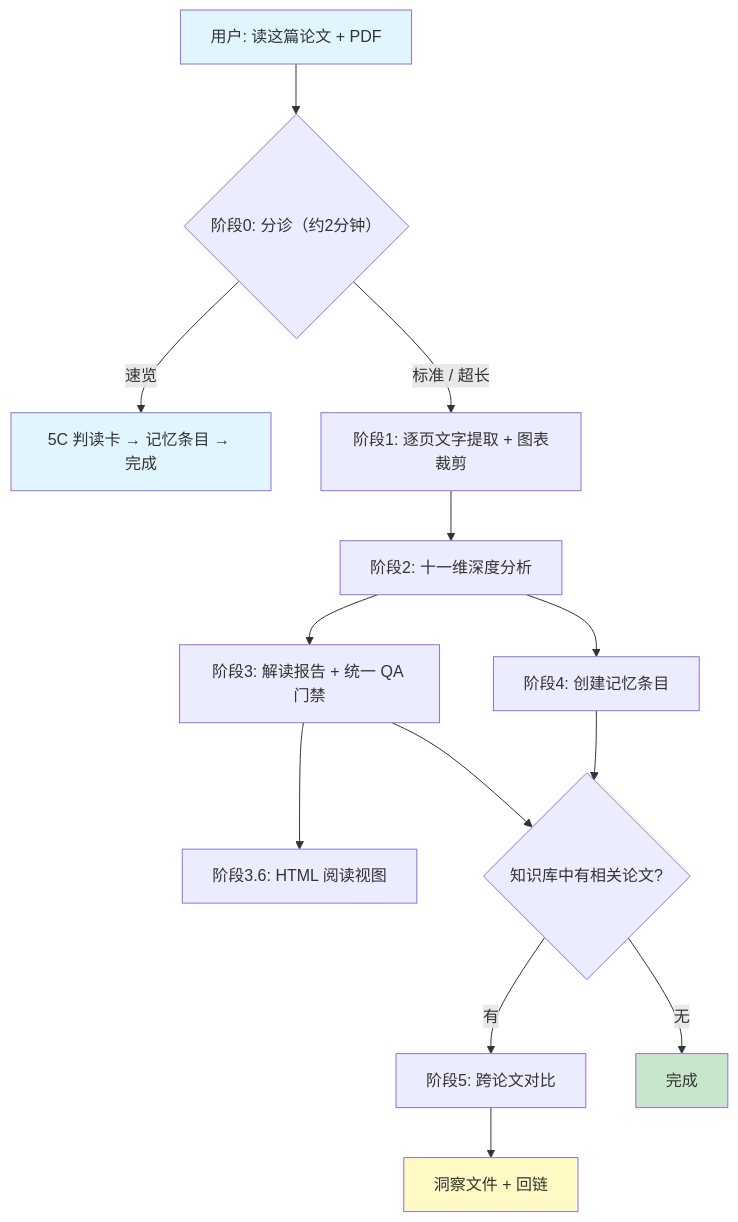
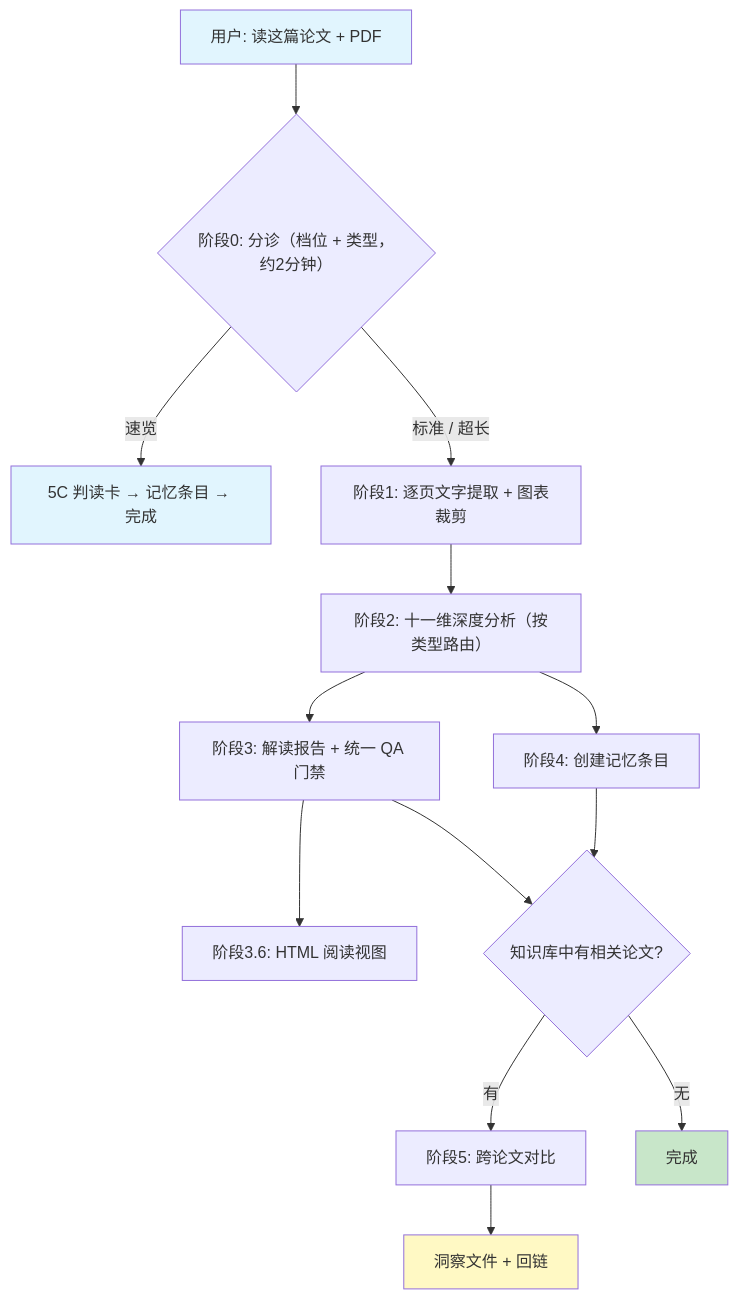
Before and after one commit to huyang51/deep_read_paper_skill: the diagram in README_CN.md, drawn with Mermaid. The commit also changed other lines of this file and 5 other files, not shown here.

````diff
--- a/README_CN.md
+++ b/README_CN.md
@@ -53,20 +54,20 @@
 ```mermaid
 graph TD
-    A["用户: 读这篇论文 + PDF"] --> T{"阶段0: 分诊（约2分钟）"}
+    A["用户: 读这篇论文 + PDF"] --> T{"阶段0: 分诊（档位 + 类型，约2分钟）"}
     T -->|"速览"| Q["5C 判读卡 → 记忆条目 → 完成"]
     T -->|"标准 / 超长"| B["阶段1: 逐页文字提取 + 图表裁剪"]
-    B --> C["阶段2: 十一维深度分析"]
+    B --> C["阶段2: 十一维深度分析（按类型路由）"]
     C --> D["阶段3: 解读报告 + 统一 QA 门禁"]
     C --> E["阶段4: 创建记忆条目"]
     D --> R["阶段3.6: HTML 阅读视图"]
     D --> F{"知识库中有相关论文?"}
     E --> F
     F -->|"有"| G["阶段5: 跨论文对比"]
     F -->|"无"| H["完成"]
     G --> I["洞察文件 + 回链"]
 
     style A fill:#e1f5fe
     style Q fill:#e1f5fe
     style H fill:#c8e6c9
     style I fill:#fff9c4
 ```
````
